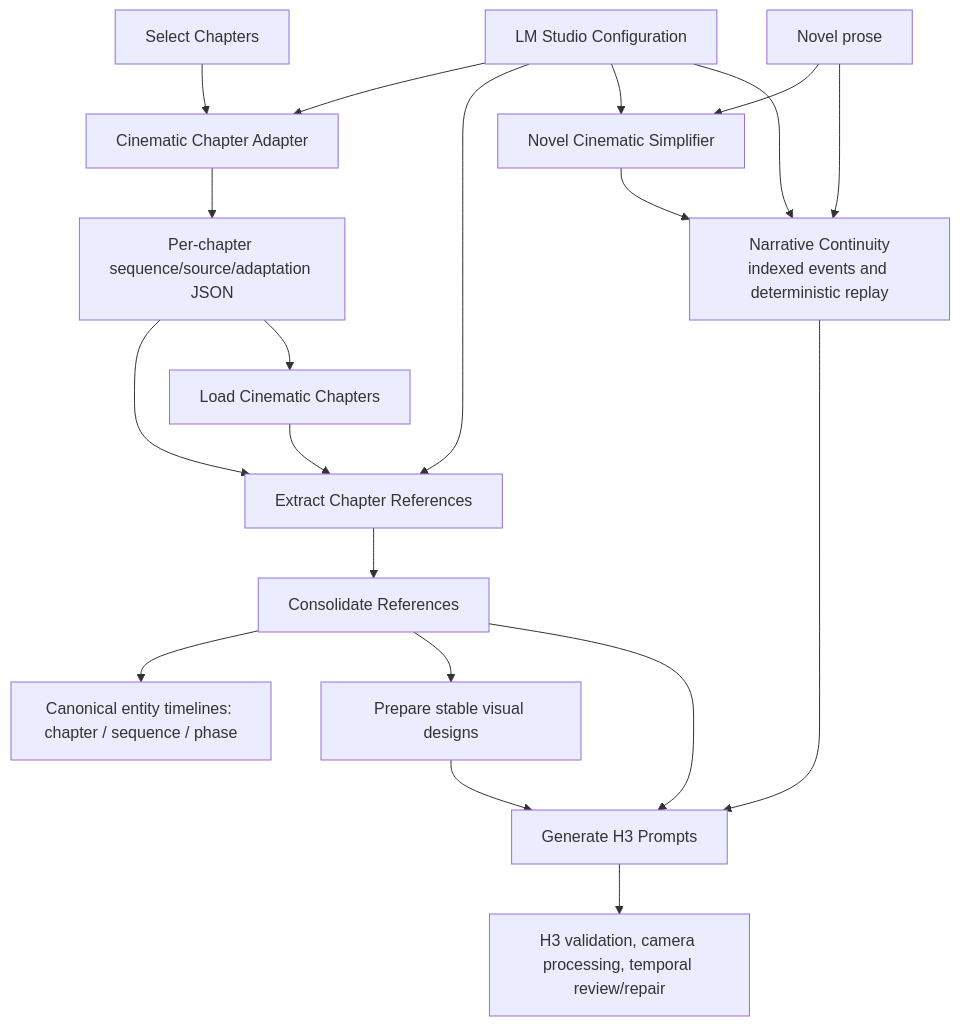
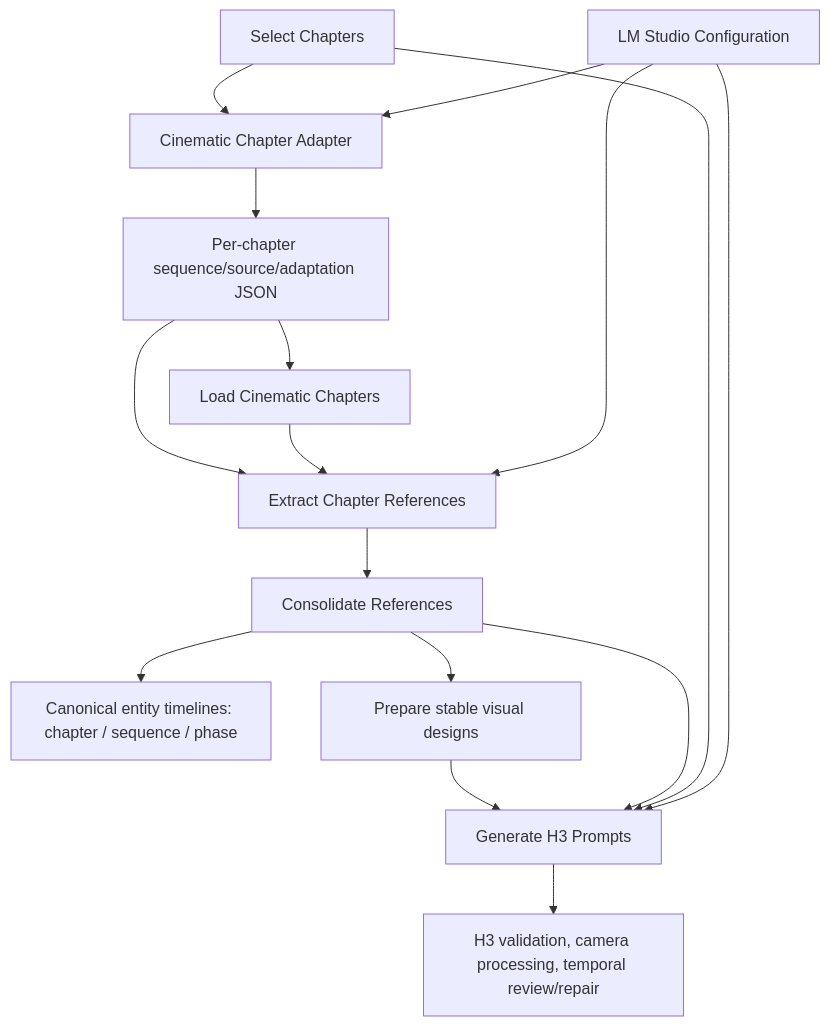
One commit to yuyuki/ComfyUI-Minimax_H3_Novel_Pipeline changed the first of 2 diagrams in docs/architecture.md. Above: the diagram before and after it, drawn with Mermaid. The commit also changed other lines of this file and 13 other files, not shown here.

Commit message:
feat: Remove deprecated narrative nodes and update documentation for cinematic preprocessing

````diff
--- a/docs/architecture.md
+++ b/docs/architecture.md
@@ -9,22 +9,18 @@
 ```mermaid
 flowchart TD
     selector["Select Chapters"] --> adapter["Cinematic Chapter Adapter"]
     config --> adapter
     adapter --> adapted["Per-chapter sequence/source/adaptation JSON"]
     adapted --> extract
     adapted --> loader["Load Cinematic Chapters"]
     loader --> extract
     config["LM Studio Configuration"] --> extract["Extract Chapter References"]
     extract --> consolidate["Consolidate References"]
     consolidate --> timeline["Canonical entity timelines: chapter / sequence / phase"]
     consolidate --> designs["Prepare stable visual designs"]
     designs --> generate["Generate H3 Prompts"]
     consolidate --> generate
-    novel["Novel prose"] --> normalize["Novel Cinematic Simplifier"]
-    config --> normalize
-    normalize --> state["Narrative Continuity<br/>indexed events and deterministic replay"]
-    novel --> state
-    config --> state
-    state --> generate
+    selector --> generate
+    config --> generate
     generate --> review["H3 validation, camera processing, temporal review/repair"]
 ```
````
